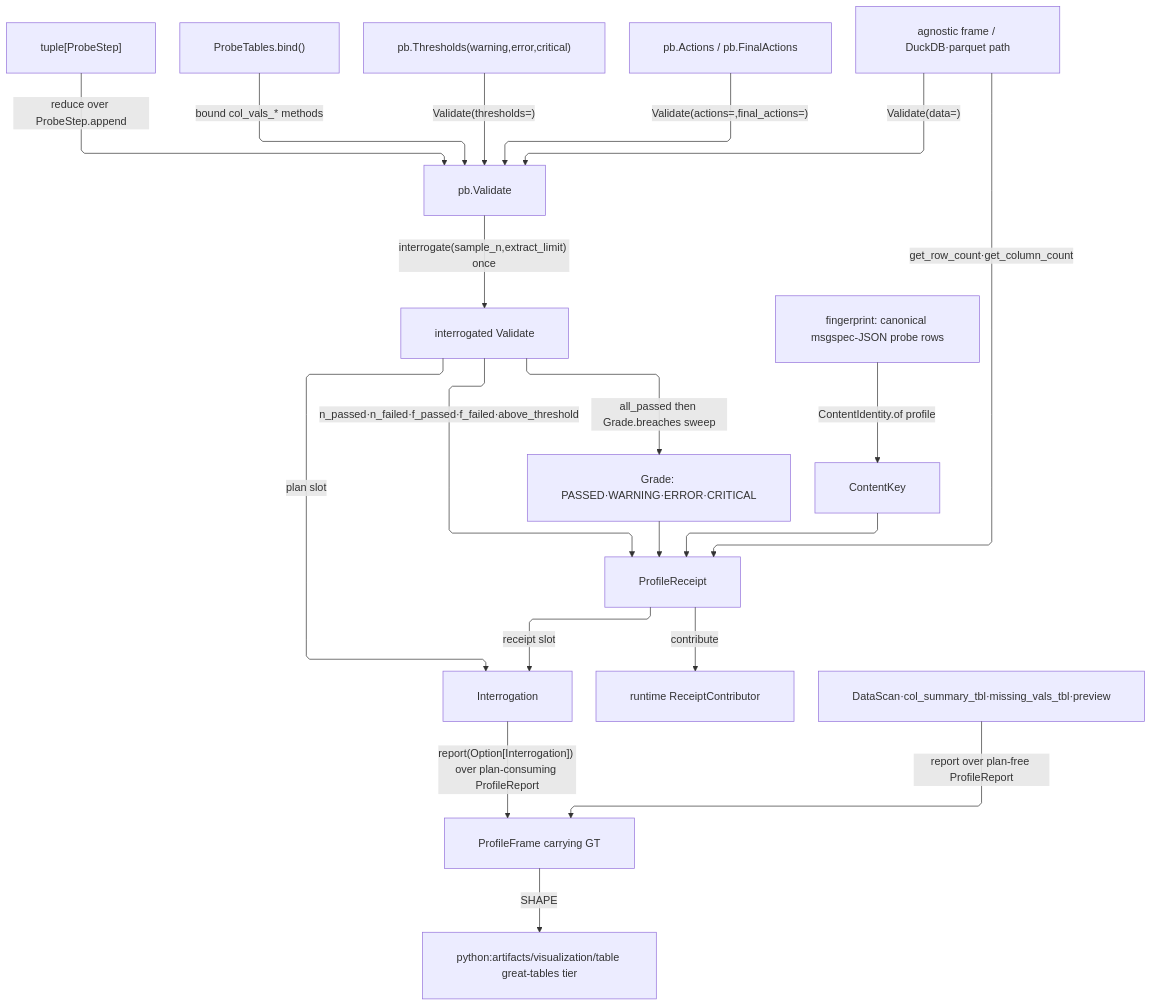
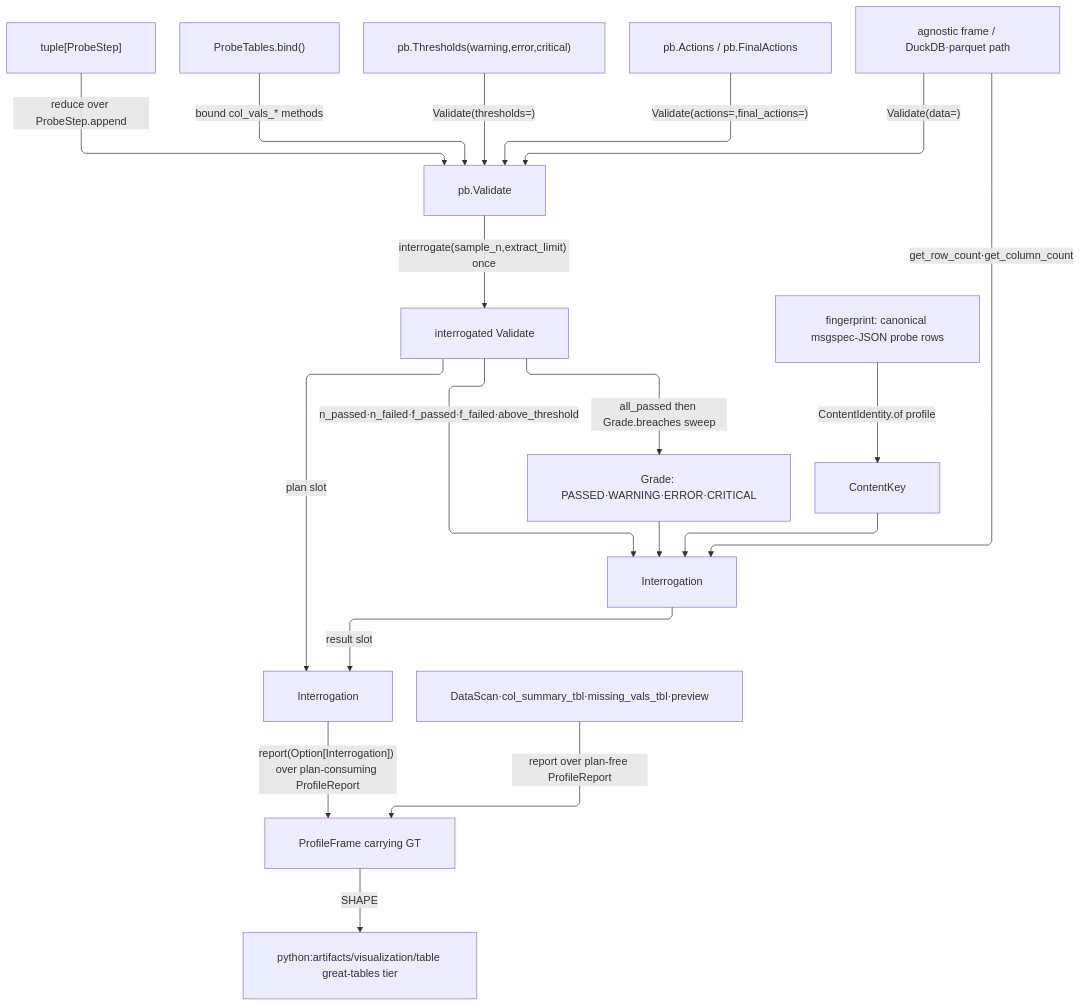
Before and after one commit to bsamiee/Rasm: the diagram in libs/python/data/.planning/tabular/profile.md, drawn with Mermaid. The commit also changed other lines of this file and 1417 other files, not shown here.

````diff
--- a/libs/python/data/.planning/tabular/profile.md
+++ b/libs/python/data/.planning/tabular/profile.md
@@ -478,33 +457,32 @@
 ```mermaid
 ---
 config:
   layout: elk
   elk:
     nodePlacementStrategy: NETWORK_SIMPLEX
     considerModelOrder: NODES_AND_EDGES
   flowchart:
     curve: linear
     padding: 25
 ---
 flowchart TD
-    accTitle: Profile probe plan and receipt flow
-    accDescr: ProbeStep rows, bound tables, thresholds, and actions fold into one pb.Validate; a single interrogate yields the Interrogation carrying the graded plan and the ProfileReceipt with its ContentKey, and report threads that same run into the ProfileFrame handed to the great-tables tier.
+    accTitle: Profile probe plan and result flow
+    accDescr: ProbeStep rows, bound tables, thresholds, and actions fold into one pb.Validate; a single interrogate yields the Interrogation carrying the graded plan and the Interrogation with its ContentKey, and report threads that same run into the ProfileFrame handed to the great-tables tier.
     steps["tuple[ProbeStep]"] -->|"reduce over ProbeStep.append"| plan["pb.Validate"]
     tables["ProbeTables.bind()"] -->|"bound col_vals_* methods"| plan
     thr["pb.Thresholds(warning,error,critical)"] -->|"Validate(thresholds=)"| plan
     acts["pb.Actions / pb.FinalActions"] -->|"Validate(actions=,final_actions=)"| plan
     data["agnostic frame / DuckDB·parquet path"] -->|"Validate(data=)"| plan
     plan -->|"interrogate(sample_n,extract_limit) once"| interr["interrogated Validate"]
     interr -->|"all_passed then Grade.breaches sweep"| grade["Grade: PASSED·WARNING·ERROR·CRITICAL"]
-    interr -->|"n_passed·n_failed·f_passed·f_failed·above_threshold"| receipt["ProfileReceipt"]
-    data -->|"get_row_count·get_column_count"| receipt
+    interr -->|"n_passed·n_failed·f_passed·f_failed·above_threshold"| result["Interrogation"]
+    data -->|"get_row_count·get_column_count"| result
     fp["fingerprint: canonical msgspec-JSON probe rows"] -->|"ContentIdentity.of profile"| key["ContentKey"]
-    grade --> receipt
-    key --> receipt
+    grade --> result
+    key --> result
     interr -->|"plan slot"| run["Interrogation"]
-    receipt -->|"receipt slot"| run
-    receipt -->|contribute| sink["runtime ReceiptContributor"]
+    result -->|"result slot"| run
     run -->|"report(Option[Interrogation]) over plan-consuming ProfileReport"| frame["ProfileFrame carrying GT"]
     scanned["DataScan·col_summary_tbl·missing_vals_tbl·preview"] -->|"report over plan-free ProfileReport"| frame
     frame -->|SHAPE| artifacts["python:artifacts/visualization/table great-tables tier"]
 ```
````
